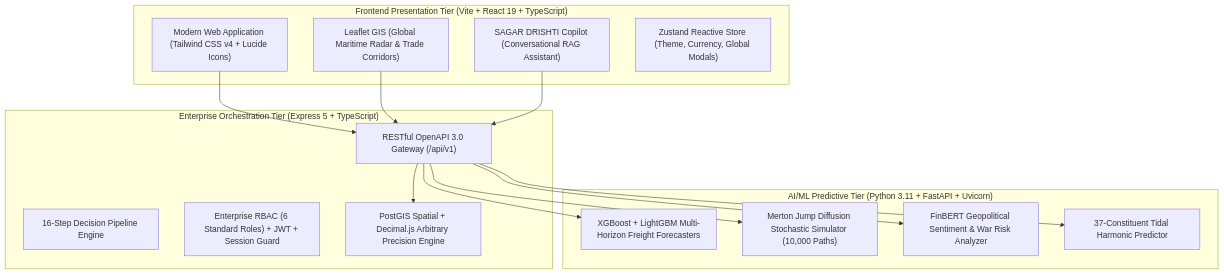
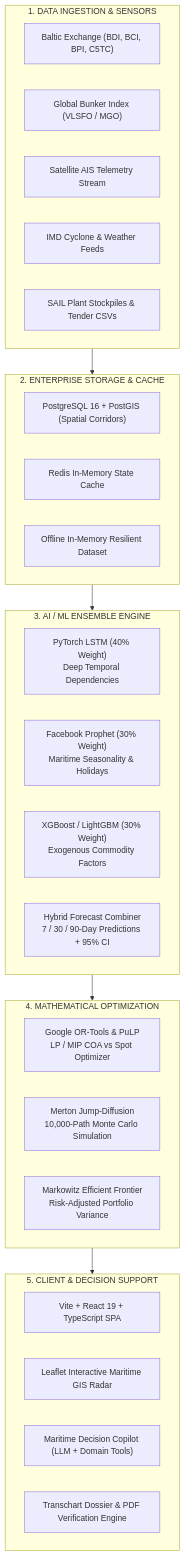
One commit to AXAradhya/Jal-Tarang changed the diagram in README.md. Above: the diagram before and after it, drawn with Mermaid. The commit also changed other lines of this file, not shown here.

Commit message:
docs: overhaul README with official SIH2026 Jal-Tarang branding, architecture, and modules matching PPT

````diff
--- a/README.md
+++ b/README.md
@@ -21,32 +81,41 @@
 ```mermaid
 graph TD
-    subgraph Client ["Frontend Presentation Tier (Vite + React 19 + TypeScript)"]
-        UI["Modern Web Application (Tailwind CSS v4 + Lucide Icons)"]
-        GIS["Leaflet GIS (Global Maritime Radar & Trade Corridors)"]
-        COPILOT["SAGAR DRISHTI Copilot (Conversational RAG Assistant)"]
-        STORE["Zustand Reactive Store (Theme, Currency, Global Modals)"]
+    subgraph DataLayer ["1. DATA INGESTION & SENSORS"]
+        BALTIC["Baltic Exchange (BDI, BCI, BPI, C5TC)"]
+        BUNKER["Global Bunker Index (VLSFO / MGO)"]
+        AIS["Satellite AIS Telemetry Stream"]
+        IMD["IMD Cyclone & Weather Feeds"]
+        SAIL_DATA["SAIL Plant Stockpiles & Tender CSVs"]
     end
 
-    subgraph Backend ["Enterprise Orchestration Tier (Express 5 + TypeScript)"]
-        API["RESTful OpenAPI 3.0 Gateway (/api/v1)"]
-        DECISION["16-Step Decision Pipeline Engine"]
-        SEC["Enterprise RBAC (6 Standard Roles) + JWT + Session Guard"]
-        DATA["PostGIS Spatial + Decimal.js Arbitrary Precision Engine"]
+    subgraph StorageLayer ["2. ENTERPRISE STORAGE & CACHE"]
+        PG["PostgreSQL 16 + PostGIS (Spatial Corridors)"]
+        REDIS["Redis In-Memory State Cache"]
+        FALLBACK["Offline In-Memory Resilient Dataset"]
     end
 
-    subgraph ML ["AI/ML Predictive Tier (Python 3.11 + FastAPI + Uvicorn)"]
-        XGB["XGBoost + LightGBM Multi-Horizon Freight Forecasters"]
-        MC["Merton Jump Diffusion Stochastic Simulator (10,000 Paths)"]
-        NLP["FinBERT Geopolitical Sentiment & War Risk Analyzer"]
-        TIDE["37-Constituent Tidal Harmonic Predictor"]
+    subgraph MLPipeline ["3. AI / ML ENSEMBLE ENGINE"]
+        LSTM["PyTorch LSTM (40% Weight)<br/>Deep Temporal Dependencies"]
+        PROPHET["Facebook Prophet (30% Weight)<br/>Maritime Seasonality & Holidays"]
+        XGB["XGBoost / LightGBM (30% Weight)<br/>Exogenous Commodity Factors"]
+        ENSEMBLE["Hybrid Forecast Combiner<br/>7 / 30 / 90-Day Predictions + 95% CI"]
     end
 
-    UI --> API
-    GIS --> API
-    COPILOT --> API
-    API --> XGB
-    API --> MC
-    API --> NLP
-    API --> TIDE
-    API --> DATA
+    subgraph OptimizationLayer ["4. MATHEMATICAL OPTIMIZATION"]
+        OR_TOOLS["Google OR-Tools & PuLP<br/>LP / MIP COA vs Spot Optimizer"]
+        MONTE_CARLO["Merton Jump-Diffusion<br/>10,000-Path Monte Carlo Simulation"]
+        MARKOWITZ["Markowitz Efficient Frontier<br/>Risk-Adjusted Portfolio Variance"]
+    end
+
+    subgraph PresentationLayer ["5. CLIENT & DECISION SUPPORT"]
+        VITE["Vite + React 19 + TypeScript SPA"]
+        RADAR["Leaflet Interactive Maritime GIS Radar"]
+        COPILOT["Maritime Decision Copilot (LLM + Domain Tools)"]
+        TRANSCHART["Transchart Dossier & PDF Verification Engine"]
+    end
+
+    DataLayer --> StorageLayer
+    StorageLayer --> MLPipeline
+    MLPipeline --> OptimizationLayer
+    OptimizationLayer --> PresentationLayer
 ```
````
